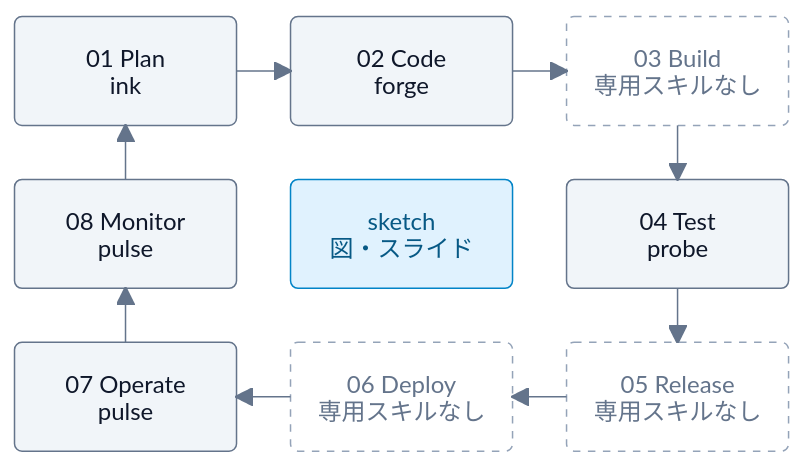
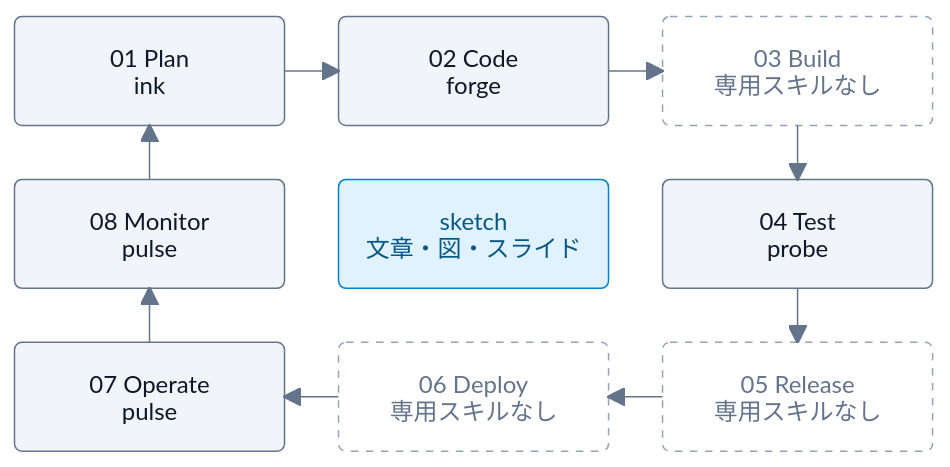
One commit to Wataru-Toriumi/agent-skills changed the diagram in docs/devops-coverage.md. Above: the diagram before and after it, drawn with Mermaid. The commit also changed other lines of this file and 6 other files, not shown here.

````diff
--- a/docs/devops-coverage.md
+++ b/docs/devops-coverage.md
@@ -6,34 +6,34 @@
 ```mermaid
 ---
 config:
   theme: base
   htmlLabels: false
   themeVariables:
     fontFamily: sans-serif
     primaryColor: "#F1F5F9"
     primaryTextColor: "#0F172A"
     primaryBorderColor: "#64748B"
     lineColor: "#64748B"
   block:
     padding: 36
 ---
 block
     columns 3
     plan("01 Plan<br/>ink") code("02 Code<br/>forge") build("03 Build<br/>専用スキルなし")
-    monitor("08 Monitor<br/>pulse") sketch("sketch<br/>図・スライド") test("04 Test<br/>probe")
+    monitor("08 Monitor<br/>pulse") sketch("sketch<br/>文章・図・スライド") test("04 Test<br/>probe")
     operate("07 Operate<br/>pulse") deploy("06 Deploy<br/>専用スキルなし") release("05 Release<br/>専用スキルなし")
 
     plan --> code
     code --> build
     build --> test
     test --> release
     release --> deploy
     deploy --> operate
     operate --> monitor
     monitor --> plan
 
     classDef uncovered fill:#FFFFFF,stroke:#94A3B8,color:#64748B,stroke-dasharray:5 5
     classDef shared fill:#E0F2FE,stroke:#0284C7,color:#075985
     class build,release,deploy uncovered
     class sketch shared
 ```
````
